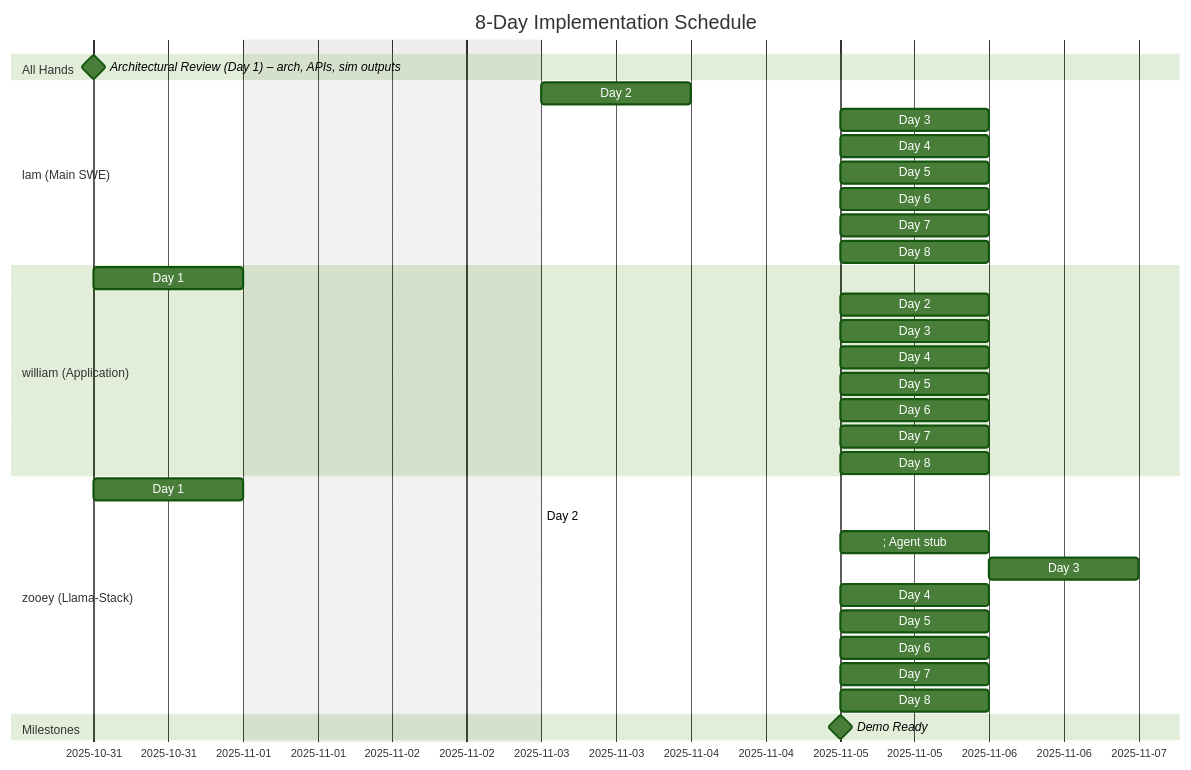
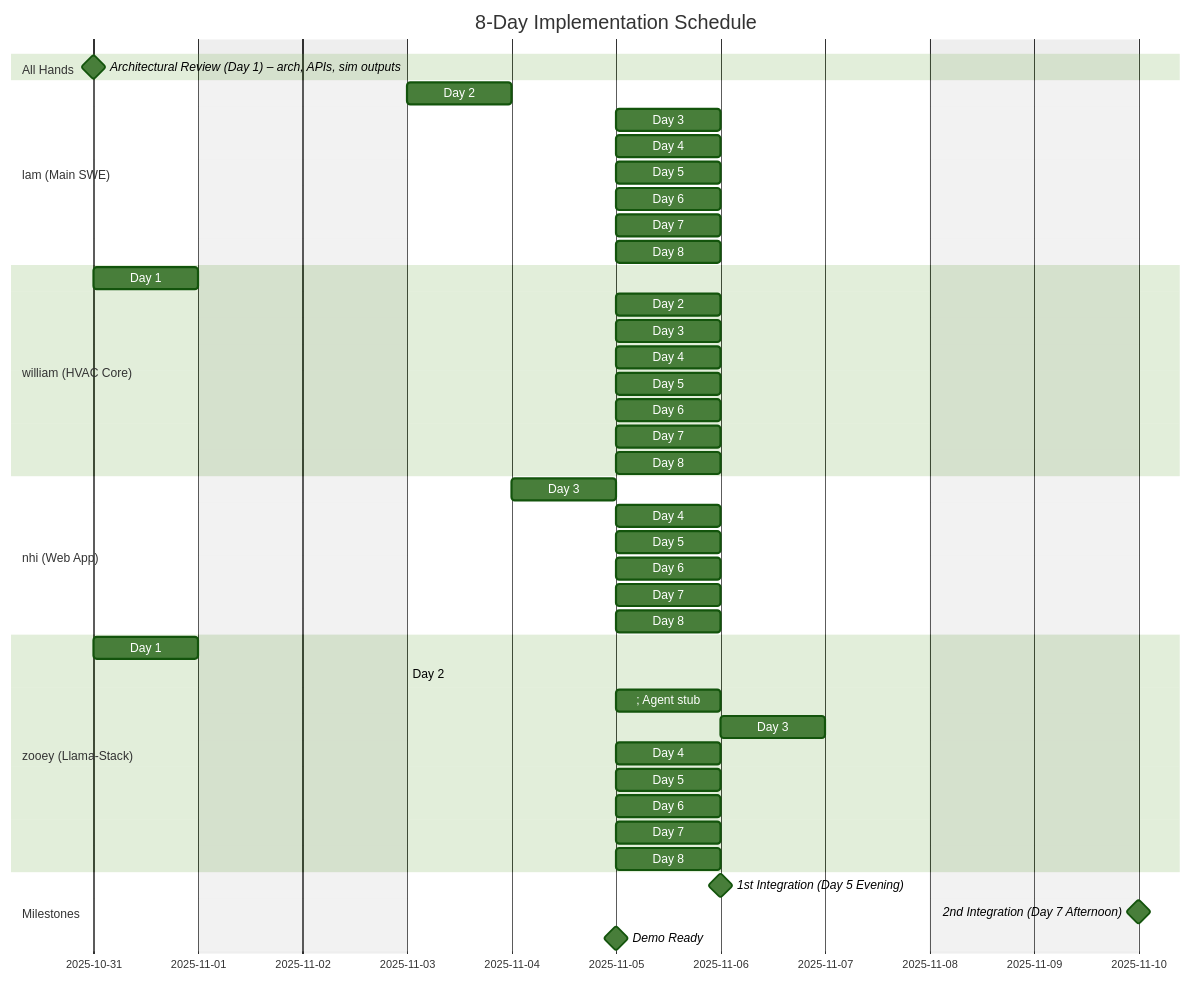
One commit to aitomatic/dana changed the fifth of 5 diagrams in dana_agent/dana/specs/reflection.md. Above: the diagram before and after it, drawn with Mermaid (forest theme). The commit also changed other lines of this file, not shown here.

Commit message:
Update plan, clarify Llamstack scope, add Nhi as UI resource.

````diff
--- a/dana_agent/dana/specs/reflection.md
+++ b/dana_agent/dana/specs/reflection.md
@@ -631,41 +734,51 @@
 ```mermaid
 gantt
   title 8-Day Implementation Schedule
   dateFormat  YYYY-MM-DD
   excludes    weekends
 
   section All Hands
   Architectural Review (Day 1) – arch, APIs, sim outputs :milestone, m1, 2025-10-31, 0d
 
   section lam (Main SWE)
   Day 2: EventLog+KnowledgeStore + prompts scaffold (Day 1 shifted) :d2_lam, 2025-11-03, 1d
   Day 3: Episodic pipeline + session close + local prompts MVP :d3_lam, after d2_lam, 1d
   Day 4: Framework validation + test utilities + acquisitive write :d4_lam, after d3_lam, 1d
-  Day 5: Integrative scope + triggers       :d5_lam, after d4_lam, 1d
-  Day 6: Retrieval perf + metrics wiring    :d6_lam, after d5_lam, 1d
-  Day 7: Inspection tools + demo prep :d7_lam, after d6_lam, 1d
-  Day 8: Robustness + docs/diagrams         :d8_lam, after d7_lam, 1d
+  Day 5: Integrative scope + triggers → 1st Integration :d5_lam, after d4_lam, 1d
+  Day 6: Inspection tools + metrics complete    :d6_lam, after d5_lam, 1d
+  Day 7: Consolidative + prompt learning demo :d7_lam, after d6_lam, 1d
+  Day 8: Error handling + docs/diagrams         :d8_lam, after d7_lam, 1d
 
-  section william (Application)
+  section william (HVAC Core)
   Day 1: Simulator stub + integration points :d1_w, 2025-10-31, 1d
-  Day 2: Complete sim + web app structure+UI :d2_w, after d1_w, 1d
-  Day 3: Observability + web app framework :d3_w, after d2_w, 1d
-  Day 4: Episodic learning functionality    :d4_w, after d3_w, 1d
-  Day 5: Integration + learning proof  :d5_w, after d4_w, 1d
-  Day 6: Realistic data + web app metrics  :d6_w, after d5_w, 1d
-  Day 7: Complete driving app + polish    :d7_w, after d6_w, 1d
-  Day 8: Demo script + final web app prep  :d8_w, after d7_w, 1d
+  Day 2: Complete sim + observability :d2_w, after d1_w, 1d
+  Day 3: Episodic learning prep + scenarios :d3_w, after d2_w, 1d
+  Day 4: Wire episodic learning + test    :d4_w, after d3_w, 1d
+  Day 5: Learning proof + metrics  :d5_w, after d4_w, 1d
+  Day 6: Enhanced scenarios + validation  :d6_w, after d5_w, 1d
+  Day 7: Failure scenarios + final validation    :d7_w, after d6_w, 1d
+  Day 8: Demo narrative validation  :d8_w, after d7_w, 1d
+
+  section nhi (Web App)
+  Day 3: Demo design + wireframe :d3_n, 2025-11-04, 1d
+  Day 4: App skeleton + Simulator/Agent views :d4_n, after d3_n, 1d
+  Day 5: Learning view + before/after → 1st Integration :d5_n, after d4_n, 1d
+  Day 6: Metrics + inspection tools integration :d6_n, after d5_n, 1d
+  Day 7: Consolidative/prompt views → 2nd Integration :d7_n, after d6_n, 1d
+  Day 8: Demo script + practice runs :d8_n, after d7_n, 1d
 
   section zooey (Llama-Stack)
   Day 1: Env + API contracts plan          :d1_z, 2025-10-31, 1d
   Day 2: Inference live; Agent stub        :d2_z, after d1_z, 1d
-  Day 3: Wire Agent+Inference              :d3_z, after d2_z, 1d
-  Day 4: Packaging/installation + LLM API :d4_z, after d3_z, 1d
-  Day 5: Packaging docs + verification :d5_z, after d4_z, 1d
-  Day 6: Packaging polish + deployment guides   :d6_z, after d5_z, 1d
-  Day 7: Final packaging checks        :d7_z, after d6_z, 1d
-  Day 8: Deploy guide + benchmarks        :d8_z, after d7_z, 1d
+  Day 3: Package structure + CLI design    :d3_z, after d2_z, 1d
+  Day 4: Install + run commands + UI launch :d4_z, after d3_z, 1d
+  Day 5: Complete CLI + STAR logging → 1st Integration :d5_z, after d4_z, 1d
+  Day 6: Installation verification + config   :d6_z, after d5_z, 1d
+  Day 7: Docs (README/INSTALL/examples) → 2nd Integration :d7_z, after d6_z, 1d
+  Day 8: Final testing + troubleshooting        :d8_z, after d7_z, 1d
 
   section Milestones
+  1st Integration (Day 5 Evening)   :milestone, m_int1, 2025-11-06, 0d
+  2nd Integration (Day 7 Afternoon) :milestone, m_int2, 2025-11-10, 0d
   Demo Ready                        :milestone, m_demo, after d8_lam, 0d
 ```
````
